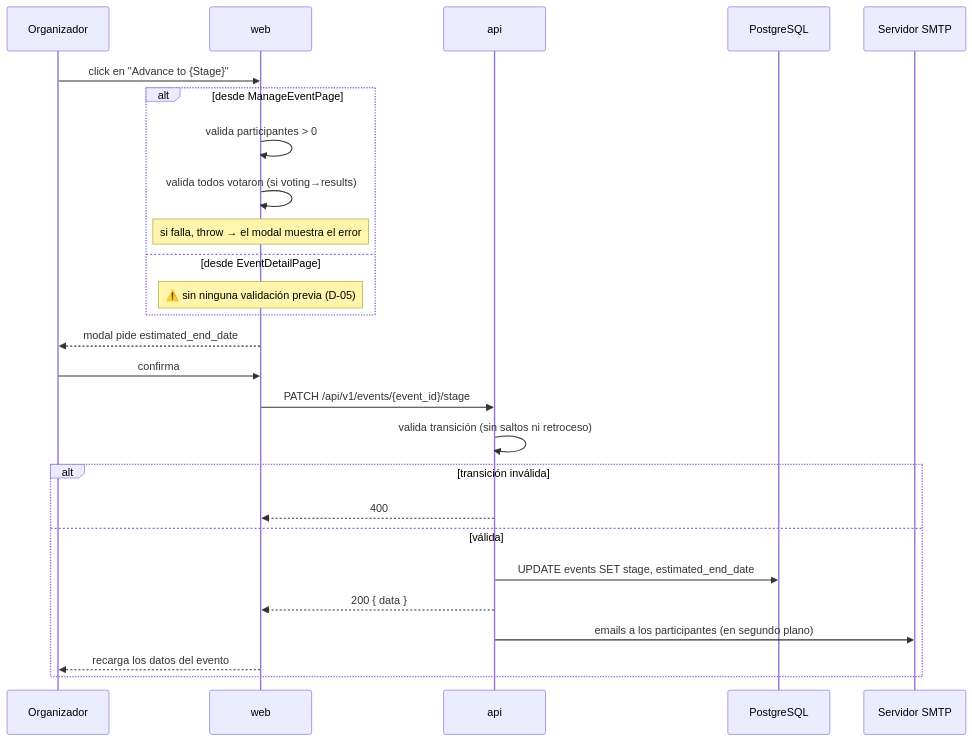
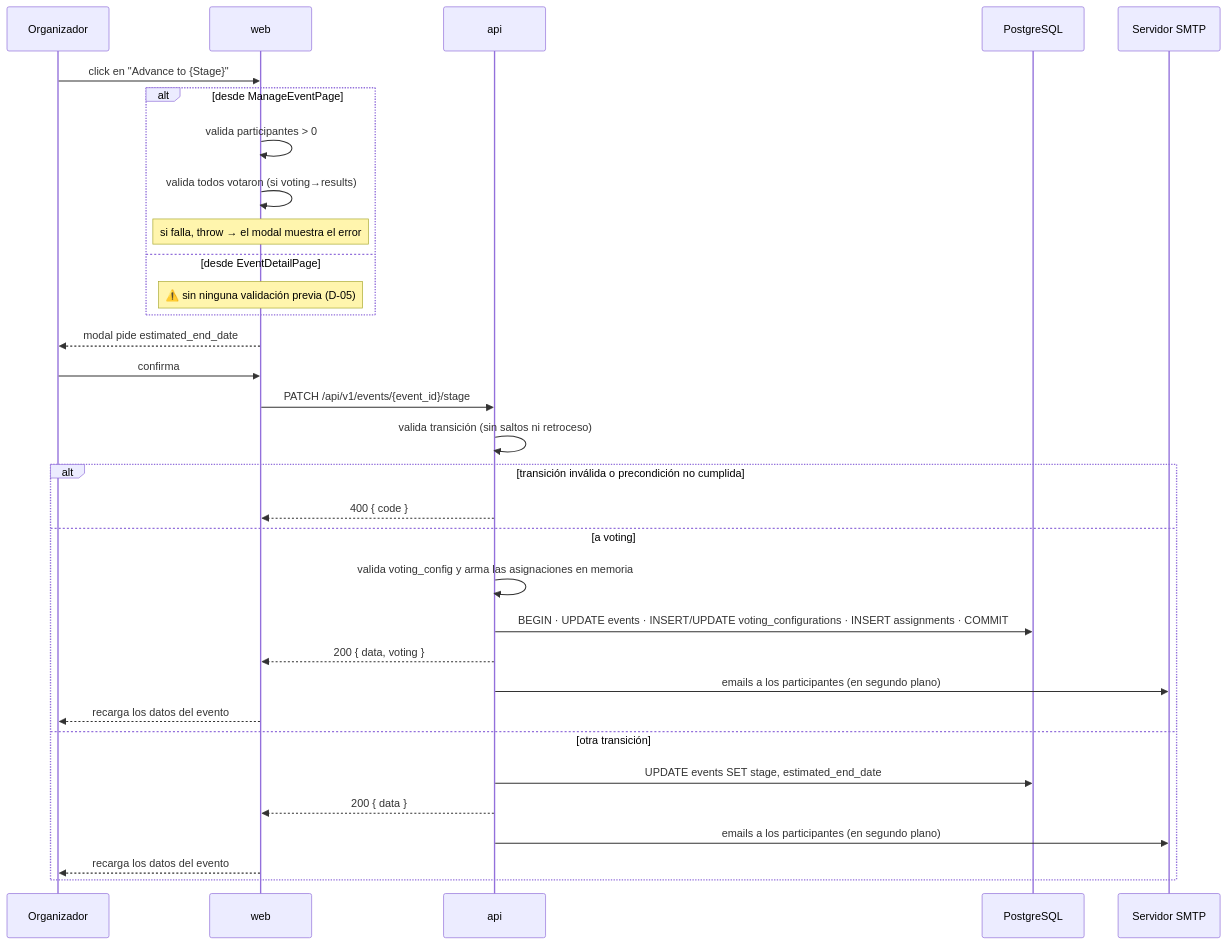
Before and after one commit to gravadigital/telescope: the diagram in docs/flows/avance-de-etapa-del-evento.md, drawn with Mermaid. The commit also changed other lines of this file and 30 other files, not shown here.

````diff
--- a/docs/flows/avance-de-etapa-del-evento.md
+++ b/docs/flows/avance-de-etapa-del-evento.md
@@ -62,31 +60,37 @@
 ```mermaid
 sequenceDiagram
     participant O as Organizador
     participant WEB as web
     participant API as api
     participant DB as PostgreSQL
     participant SMTP as Servidor SMTP
 
     O->>WEB: click en "Advance to {Stage}"
 
     alt desde ManageEventPage
         WEB->>WEB: valida participantes > 0
         WEB->>WEB: valida todos votaron (si voting→results)
         Note over WEB: si falla, throw → el modal muestra el error
     else desde EventDetailPage
         Note over WEB: ⚠️ sin ninguna validación previa (D-05)
     end
 
     WEB-->>O: modal pide estimated_end_date
     O->>WEB: confirma
     WEB->>API: PATCH /api/v1/events/{event_id}/stage
     API->>API: valida transición (sin saltos ni retroceso)
-    alt transición inválida
-        API-->>WEB: 400
-    else válida
+    alt transición inválida o precondición no cumplida
+        API-->>WEB: 400 { code }
+    else a voting
+        API->>API: valida voting_config y arma las asignaciones en memoria
+        API->>DB: BEGIN · UPDATE events · INSERT/UPDATE voting_configurations · INSERT assignments · COMMIT
+        API-->>WEB: 200 { data, voting }
+        API->>SMTP: emails a los participantes (en segundo plano)
+        WEB-->>O: recarga los datos del evento
+    else otra transición
         API->>DB: UPDATE events SET stage, estimated_end_date
         API-->>WEB: 200 { data }
         API->>SMTP: emails a los participantes (en segundo plano)
         WEB-->>O: recarga los datos del evento
     end
 ```
````
